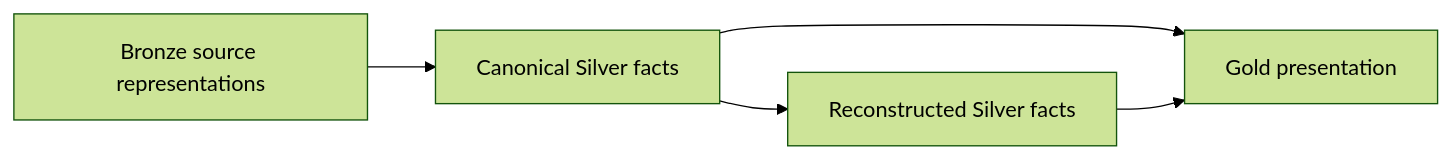
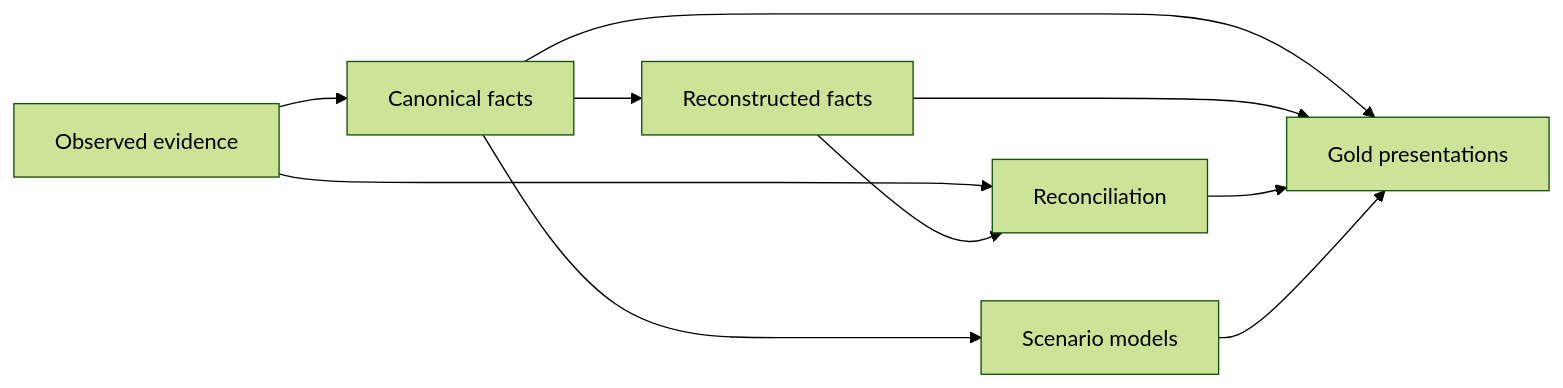
The first of 9 diagrams in docs/architecture/data-model.md (tks18/personal-finance-etl), drawn with Mermaid (forest theme) before and after one commit. The commit also changed other lines of this file and 10 other files, not shown here.

Commit message:
docs: update docs/architecture for latest version

````diff
--- a/docs/architecture/data-model.md
+++ b/docs/architecture/data-model.md
@@ -51,12 +21,12 @@
 ```mermaid
 flowchart LR
-    B[Bronze source representations]
-    C[Canonical Silver facts]
-    R[Reconstructed Silver facts]
-    P[Gold presentation]
-
-    B --> C
-    C --> R
-    C --> P
-    R --> P
+    OBS[Observed evidence] --> CAN[Canonical facts]
+    CAN --> REC[Reconstructed facts]
+    OBS --> RECON[Reconciliation]
+    REC --> RECON
+    CAN --> GOLD[Gold presentations]
+    REC --> GOLD
+    RECON --> GOLD
+    CAN --> SIM[Scenario models]
+    SIM --> GOLD
 ```
````
